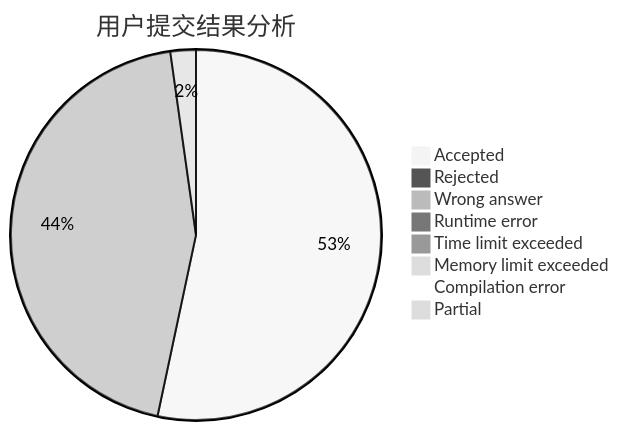
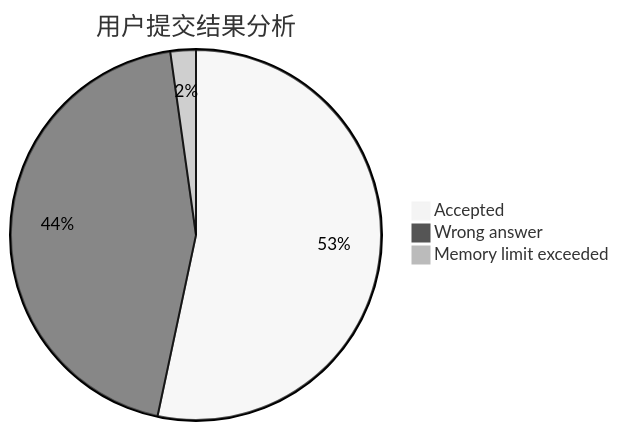
Before and after one commit to sherpahu/cfrs.github.io: the first of 3 diagrams in docs/user/u2676.md, drawn with Mermaid (neutral theme). The commit also changed other lines of this file and 2770 other files, not shown here.

````diff
--- a/docs/user/u2676.md
+++ b/docs/user/u2676.md
@@ -5,11 +5,6 @@
 ```mermaid
 pie title 用户提交结果分析
     "Accepted" :  24
-    "Rejected" :  0
     "Wrong answer" :  20
-    "Runtime error" :  0
-    "Time limit exceeded" :  0
     "Memory limit exceeded" :  1
-    "Compilation error" :  0
-    "Partial" :  0
 ```
````
